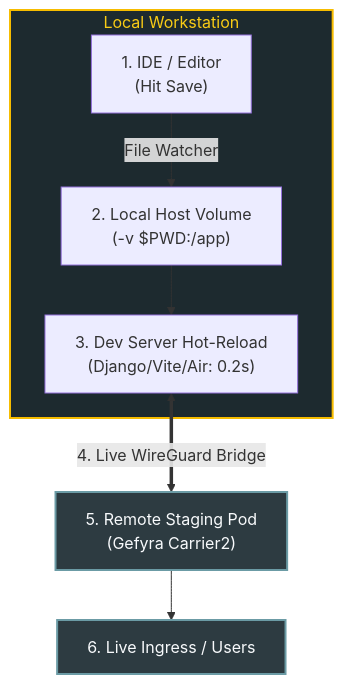
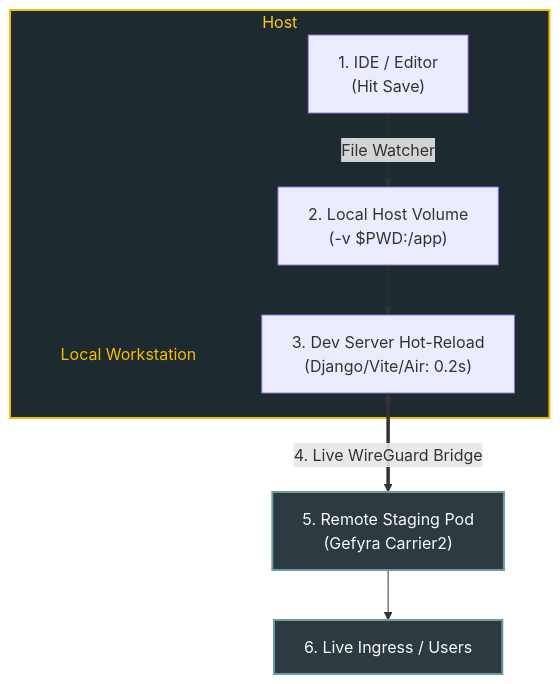
One commit to gefyrahq/gefyra changed the diagram in gefyra-docs/content/en/3.developer-workflows/1.hot-reloading.md. Above: the diagram before and after it, drawn with Mermaid. The commit also changed 11 other files, not shown here.

Commit message:
docs(#MARKETING-1226): enhance Mermaid diagrams and typography for improved clarity and consistency across documentation

````diff
--- a/gefyra-docs/content/en/3.developer-workflows/1.hot-reloading.md
+++ b/gefyra-docs/content/en/3.developer-workflows/1.hot-reloading.md
@@ -21,15 +21,18 @@
 ```mermaid
 flowchart TD
-    subgraph Host["Local Workstation"]
+    subgraph Host
+        HostTitle[["Local Workstation"]]
         Editor["1. IDE / Editor<br/>(Hit Save)"] -->|File Watcher| Volume["2. Local Host Volume<br/>(-v $PWD:/app)"]
         Volume --> Engine["3. Dev Server Hot-Reload<br/>(Django/Vite/Air: 0.2s)"]
     end
 
     Engine <==>|"4. Live WireGuard Bridge"| Pod["5. Remote Staging Pod<br/>(Gefyra Carrier2)"]
     Pod --> Ingress["6. Live Ingress / Users"]
 
+    classDef groupTitle fill:transparent,stroke:none,color:#f6bc00;
     classDef gefyra fill:#1d2a2f,stroke:#f6bc00,stroke-width:2px,color:#facc15;
     classDef remote fill:#2d3b41,stroke:#6b9ba5,stroke-width:2px,color:#f8fafc;
+    class HostTitle groupTitle;
     class Host gefyra;
     class Pod,Ingress remote;
 ```
````
